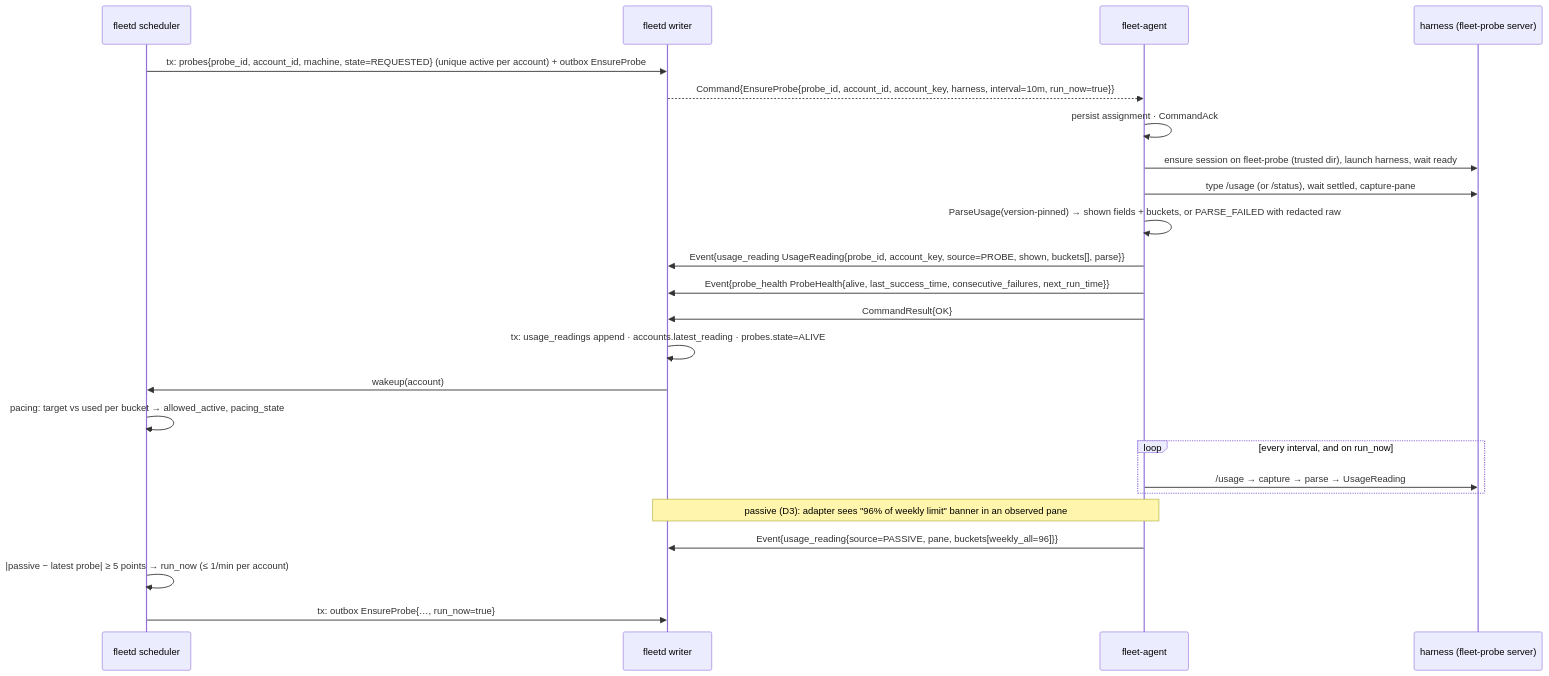
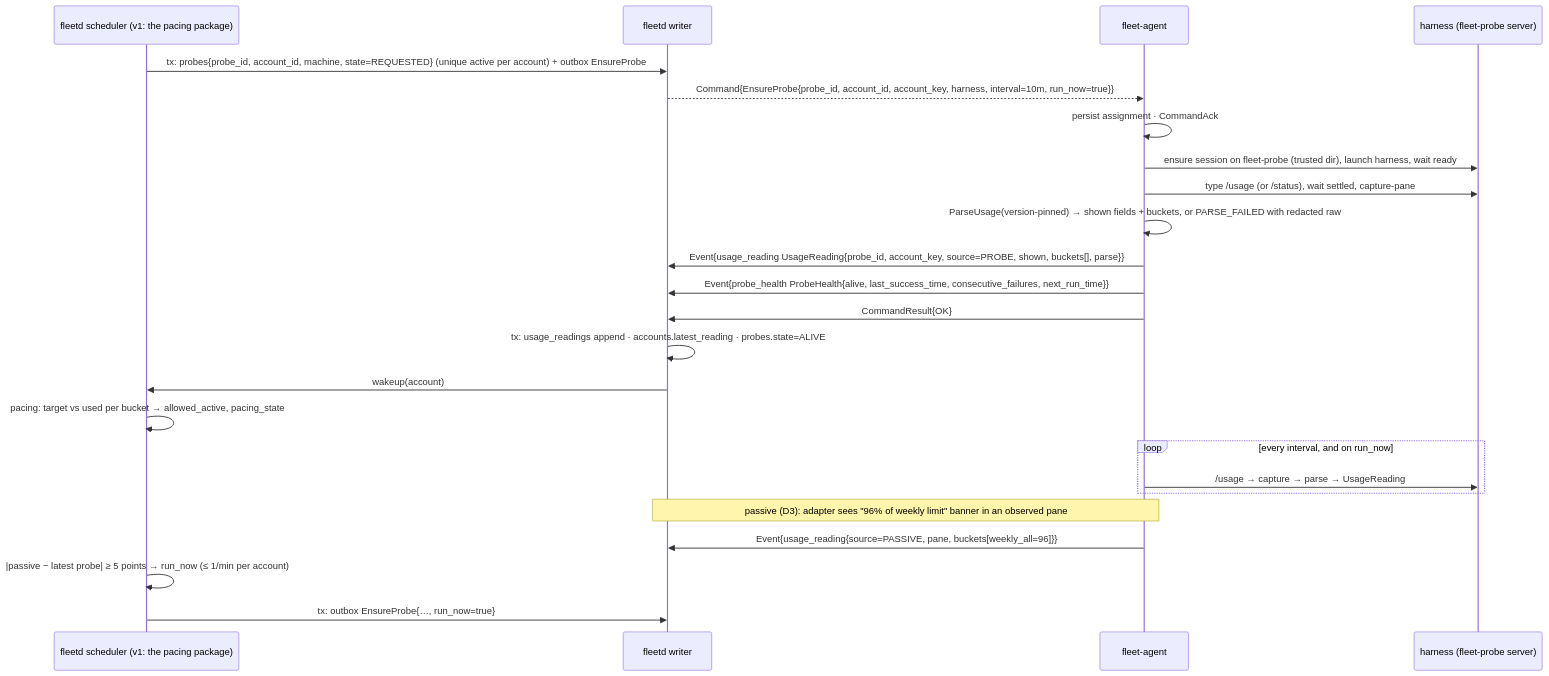
The first of 4 diagrams in docs/specs/03b-usage-and-sync.md (linuxdynasty/fleet-board), drawn with Mermaid before and after one commit. The commit also changed other lines of this file and 123 other files, not shown here.

````diff
--- a/docs/specs/03b-usage-and-sync.md
+++ b/docs/specs/03b-usage-and-sync.md
@@ -16,26 +16,26 @@
 ```mermaid
 sequenceDiagram
-  participant S as fleetd scheduler
+  participant S as fleetd scheduler (v1: the pacing package)
   participant W as fleetd writer
   participant A as fleet-agent
   participant P as harness (fleet-probe server)
   S->>W: tx: probes{probe_id, account_id, machine, state=REQUESTED} (unique active per account) + outbox EnsureProbe
   W-->>A: Command{EnsureProbe{probe_id, account_id, account_key, harness, interval=10m, run_now=true}}
   A->>A: persist assignment · CommandAck
   A->>P: ensure session on fleet-probe (trusted dir), launch harness, wait ready
   A->>P: type /usage (or /status), wait settled, capture-pane
   A->>A: ParseUsage(version-pinned) → shown fields + buckets, or PARSE_FAILED with redacted raw
   A->>W: Event{usage_reading UsageReading{probe_id, account_key, source=PROBE, shown, buckets[], parse}}
   A->>W: Event{probe_health ProbeHealth{alive, last_success_time, consecutive_failures, next_run_time}}
   A->>W: CommandResult{OK}
   W->>W: tx: usage_readings append · accounts.latest_reading · probes.state=ALIVE
   W->>S: wakeup(account)
   S->>S: pacing: target vs used per bucket → allowed_active, pacing_state
   loop every interval, and on run_now
     A->>P: /usage → capture → parse → UsageReading
   end
   Note over A,W: passive (D3): adapter sees "96% of weekly limit" banner in an observed pane
   A->>W: Event{usage_reading{source=PASSIVE, pane, buckets[weekly_all=96]}}
   S->>S: |passive − latest probe| ≥ 5 points → run_now (≤ 1/min per account)
   S->>W: tx: outbox EnsureProbe{…, run_now=true}
 ```
````
